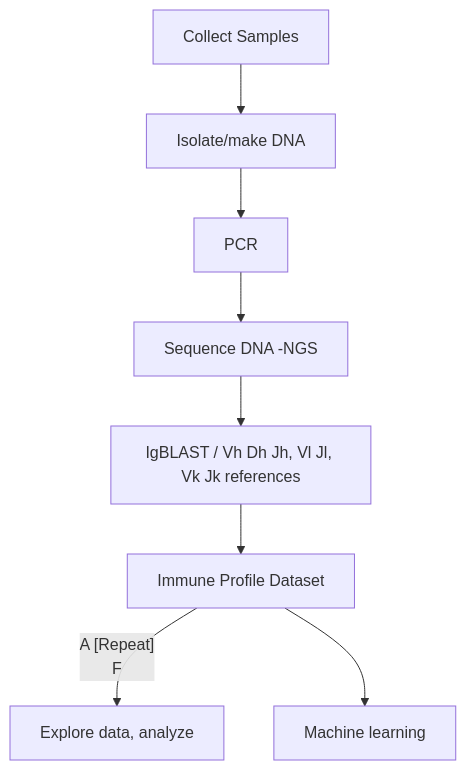
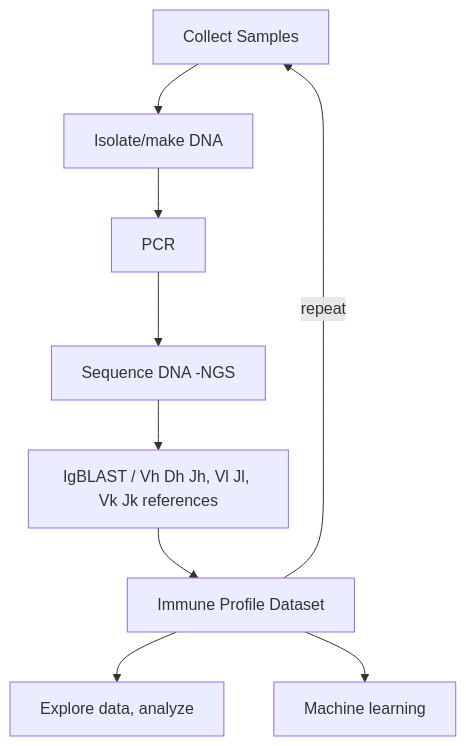
One commit to NCBI-Codeathons/mlxai-2024-team-smith changed the second of 2 diagrams in README.md. Above: the diagram before and after it, drawn with Mermaid.

````diff
--- a/README.md
+++ b/README.md
@@ -56,7 +56,7 @@
 ```mermaid
     flowchart TD
     A[Collect Samples] --> B[Isolate/make DNA] --> C[PCR] --> D[Sequence DNA -NGS] --> E[IgBLAST / Vh Dh Jh, Vl Jl, Vk Jk references] --> F[Immune Profile Dataset];
-    F -- A [Repeat]
+    F -- repeat --> A
     F --> G[Explore data, analyze];
     F --> H[Machine learning]; 
 ```
````
